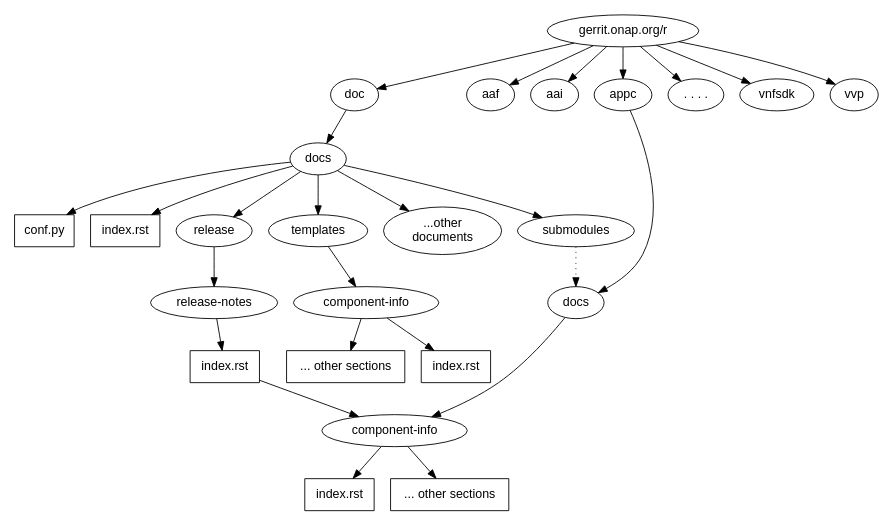
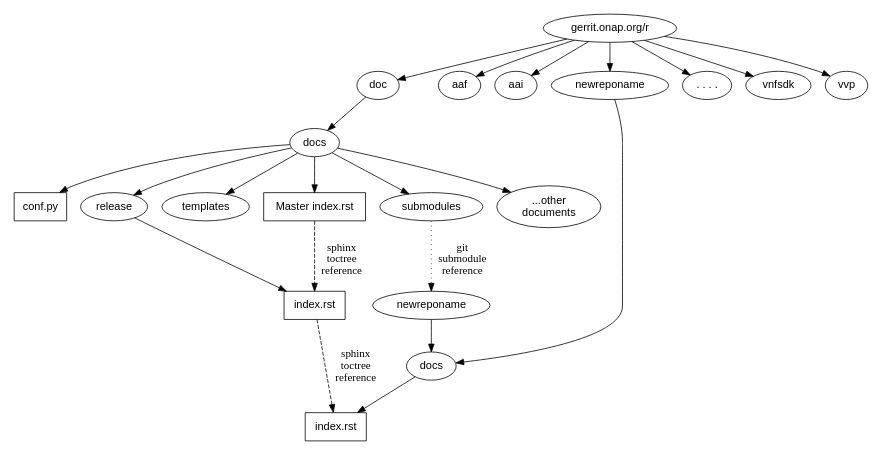
Before and after one commit to onap/doc: the diagram in docs/guide/onap-developer/how-to-use-docs/include-documentation.rst, drawn with Graphviz. The commit also changed other lines of this file and 6 other files, not shown here.

First line of the commit message:
Update How To Guide & Git submodules

```diff
--- a/docs/guide/onap-developer/how-to-use-docs/include-documentation.rst
+++ b/docs/guide/onap-developer/how-to-use-docs/include-documentation.rst
@@ -60,48 +116,53 @@
 .. graphviz::
 
    
    digraph docstructure {
    size="8,12";
    node [fontname = "helvetica"];
    // Align gerrit repos and docs directories
-   {rank=same doc aaf aai appc repoelipse vnfsdk vvp}
-   {rank=same componentinfotemplate localappcdocs }
+   {rank=same doc aaf aai newreponame repoelipse vnfsdk vvp}
+   {rank=same confpy release templates masterindex submodules otherdocdocumentelipse}
 
-   //Show submodule linkage to docs directory
-   submodules -> localappcdocs [style=dotted];
 
    //Illustrate Gerrit Repos and provide URL/Link for complete repo list
    gerrit [label="gerrit.onap.org/r", href="https://gerrit.onap.org/r/#/admin/projects/" ];
    gerrit -> doc;
    gerrit -> aaf;
    gerrit -> aai;
-   gerrit -> appc;
-   gerrit -> repoelipse;                                      repoelipse [label=". . . ."];
+   gerrit -> newreponame; 
+   gerrit -> repoelipse;
+             repoelipse [label=". . . ."];
    gerrit -> vnfsdk;
    gerrit -> vvp;
 
-   //Show example of local appc instance of component info
-   appc -> localappcdocs;                                  localappcdocs [label="docs"];
-   localappcdocs -> componentinfoinstance;         componentinfoinstance [label="component-info"];
-   componentinfoinstance -> compinfoindexinstance; compinfoindexinstance [label="index.rst", shape=box];
-   componentinfoinstance -> compinofotherinstance; compinofotherinstance [label="... other sections", shape=box];
+   //Show example of local newreponame instance of component info
+   newreponame -> newreponamedocsdir;
+   newreponamesm -> newreponamedocsdir;  
+                    newreponamedocsdir [label="docs"];
+   newreponamedocsdir -> newrepodocsdirindex; 
+                         newrepodocsdirindex [label="index.rst", shape=box];
 
-   //Show detail structure of a portion of doc/docs _images _static _templates multiple master documents omitted
+   //Show detail structure of a portion of doc/docs 
    doc  -> docs;
-   docs -> confpy;                                             confpy [label="conf.py",shape=box];
-   docs -> toplevelindex;                               toplevelindex [label="index.rst", shape=box];
+   docs -> confpy;                   
+           confpy [label="conf.py",shape=box];
+   docs -> masterindex; 
+           masterindex [label="Master index.rst", shape=box];
    docs -> release;
-   docs -> rsttemplates;                                 rsttemplates [label="templates"];
-   docs -> indexdirelipse;                             indexdirelipse [label="...other\ndocuments"];
+   docs -> templates;                                
+   docs -> otherdocdocumentelipse;  
+           otherdocdocumentelipse [label="...other\ndocuments"];
    docs -> submodules
+   
+   masterindex -> releasedocumentindex [style=dashed, label="sphinx\ntoctree\nreference"];
+   
+   //Show submodule linkage to docs directory
+   submodules -> newreponamesm [style=dotted,label="git\nsubmodule\nreference"];  
+                 newreponamesm [label="newreponame"];
 
-   //Example Release document, section release notes, and reference to an instance of component-info
-   release -> releasenotes;                              releasenotes [label="release-notes"];
-   releasenotes -> lowerlevelindex;                   lowerlevelindex [label="index.rst", shape=box];
-   lowerlevelindex -> componentinfoinstance;
-
-   //Example component-info template
-   rsttemplates -> componentinfotemplate;       componentinfotemplate [label="component-info"];
-   componentinfotemplate -> compinfotmpindex;        compinfotmpindex [label="index.rst", shape=box];
-   componentinfotemplate -> compinfotmpother;        compinfotmpother [label="... other sections", shape=box];
+   //Example Release document index that references component info provided in other project repo
+   release -> releasedocumentindex;   
+              releasedocumentindex [label="index.rst", shape=box];
+   releasedocumentindex -> newrepodocsdirindex [style=dashed, label="sphinx\ntoctree\nreference"];
+ 
    }
```
